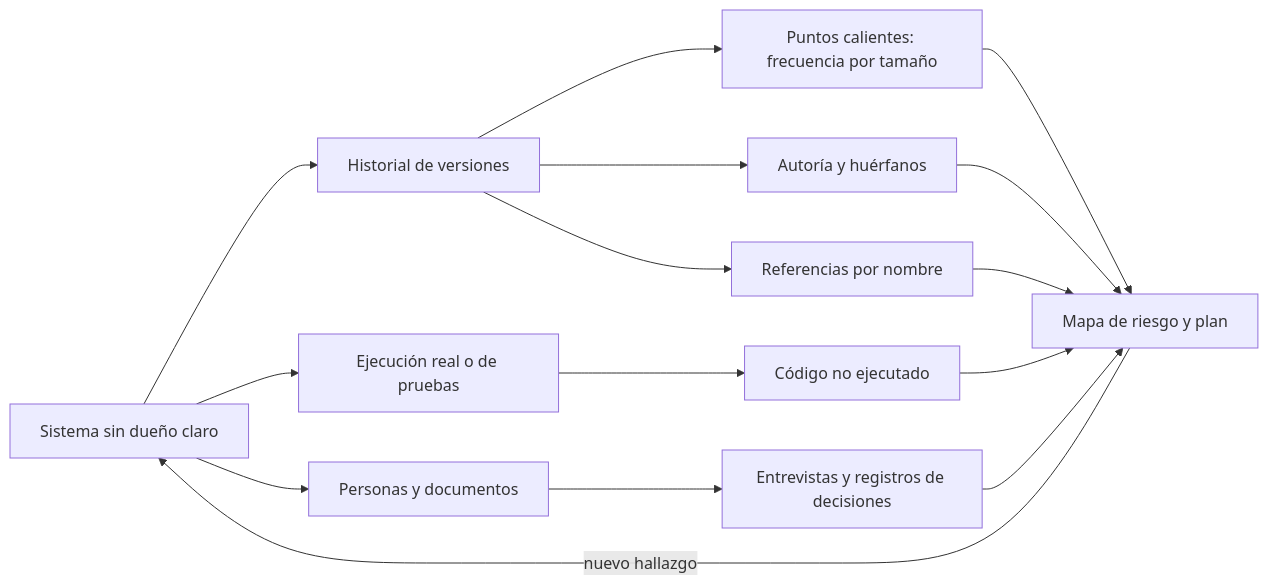
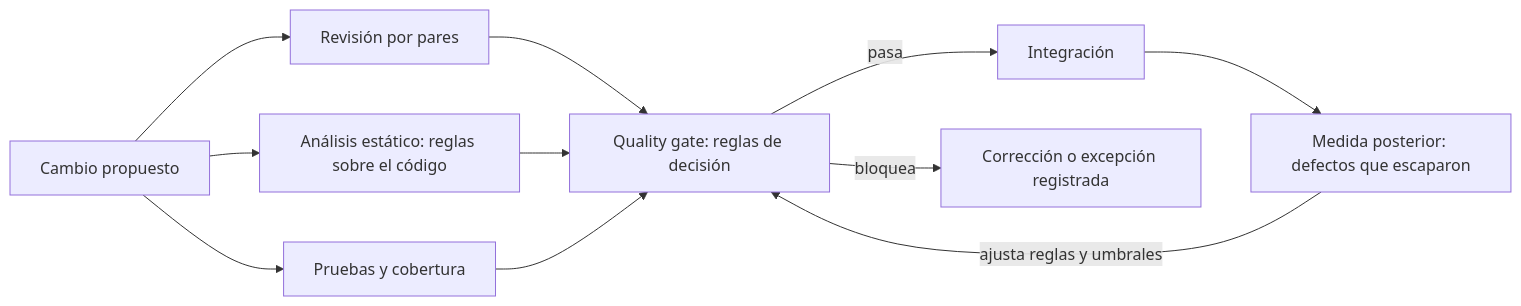
One commit to vladimiracunadev-create/modern-software-engineering-program changed the diagram in content/part-36/SE-434.md. Above: the diagram before and after it, drawn with Mermaid. The commit also changed other lines of this file and 5193 other files, not shown here.

````diff
--- a/content/part-36/SE-434.md
+++ b/content/part-36/SE-434.md
@@ -55,17 +54,13 @@
 ```mermaid
 flowchart LR
-    A[Sistema sin dueño claro] --> B[Historial de versiones]
-    A --> C[Ejecución real o de pruebas]
-    A --> D[Personas y documentos]
-    B --> E[Puntos calientes: frecuencia por tamaño]
-    B --> F[Autoría y huérfanos]
-    C --> G[Código no ejecutado]
-    B --> H[Referencias por nombre]
-    D --> I[Entrevistas y registros de decisiones]
-    E --> J[Mapa de riesgo y plan]
-    F --> J
-    G --> J
-    H --> J
-    I --> J
-    J -->|nuevo hallazgo| A
+    A[Cambio propuesto] --> B[Revisión por pares]
+    A --> C[Análisis estático: reglas sobre el código]
+    A --> D[Pruebas y cobertura]
+    B --> E[Quality gate: reglas de decisión]
+    C --> E
+    D --> E
+    E -->|pasa| F[Integración]
+    E -->|bloquea| G[Corrección o excepción registrada]
+    F --> H[Medida posterior: defectos que escaparon]
+    H -->|ajusta reglas y umbrales| E
 ```
````
